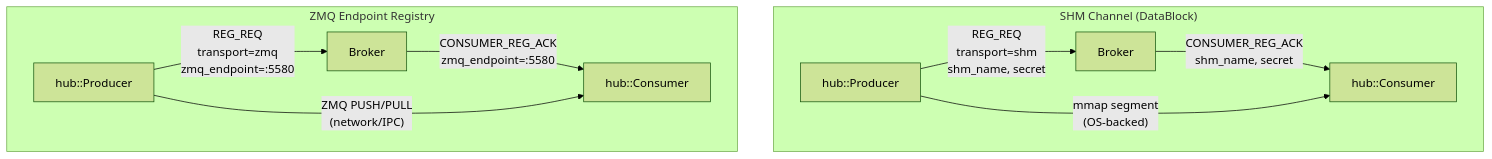
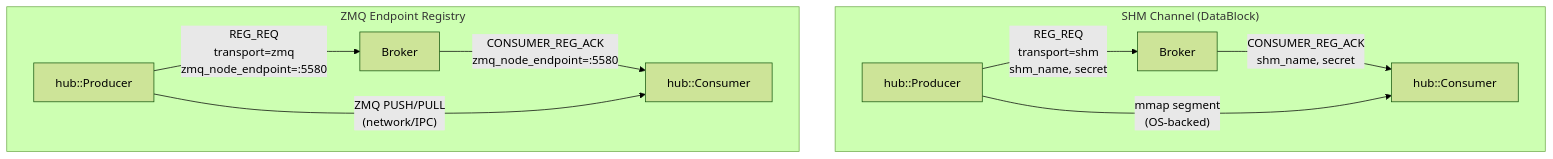
One commit to Qing-LAB/pylabhub changed the second of 6 diagrams in docs/HEP/HEP-CORE-0021-ZMQ-Endpoint-Registry.md. Above: the diagram before and after it, drawn with Mermaid (forest theme). The commit also changed other lines of this file and 26 other files, not shown here.

````diff
--- a/docs/HEP/HEP-CORE-0021-ZMQ-Endpoint-Registry.md
+++ b/docs/HEP/HEP-CORE-0021-ZMQ-Endpoint-Registry.md
@@ -115,16 +115,16 @@
 ```mermaid
 graph TD
     subgraph "SHM Channel (DataBlock)"
         direction LR
         P1["hub::Producer"] -- "REG_REQ\ntransport=shm\nshm_name, secret" --> B1["Broker"]
         B1 -- "CONSUMER_REG_ACK\nshm_name, secret" --> C1["hub::Consumer"]
         P1 -- "mmap segment\n(OS-backed)" --> C1
     end
 
     subgraph "ZMQ Endpoint Registry"
         direction LR
-        P2["hub::Producer"] -- "REG_REQ\ntransport=zmq\nzmq_endpoint=:5580" --> B2["Broker"]
-        B2 -- "CONSUMER_REG_ACK\nzmq_endpoint=:5580" --> C2["hub::Consumer"]
+        P2["hub::Producer"] -- "REG_REQ\ntransport=zmq\nzmq_node_endpoint=:5580" --> B2["Broker"]
+        B2 -- "CONSUMER_REG_ACK\nzmq_node_endpoint=:5580" --> C2["hub::Consumer"]
         P2 -- "ZMQ PUSH/PULL\n(network/IPC)" --> C2
     end
 ```
````
